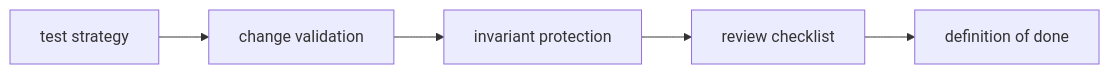
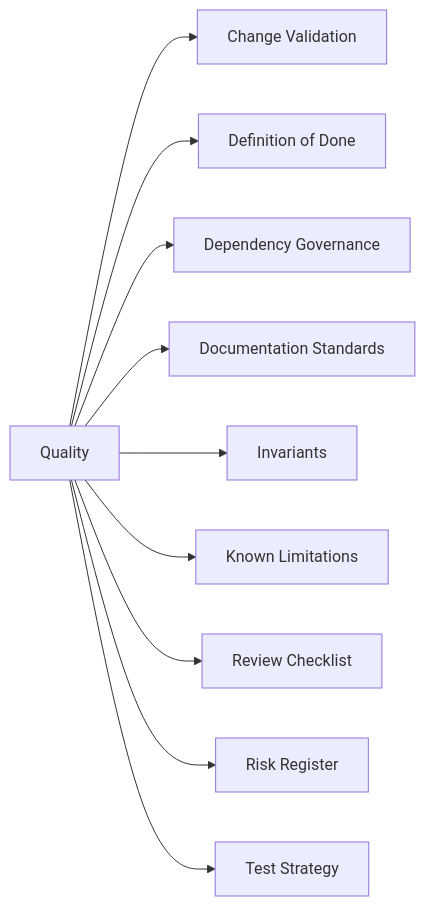
Before and after one commit to bijux/bijux-cli: the diagram in docs/bijux-dag/quality/index.md, drawn with Mermaid.

Commit message:
docs(bijux-dag): replace quality index chain with evidence map

````diff
--- a/docs/bijux-dag/quality/index.md
+++ b/docs/bijux-dag/quality/index.md
@@ -17,7 +17,12 @@
 ```mermaid
 flowchart LR
-    strategy[test strategy] --> validate[change validation]
-    validate --> invariants[invariant protection]
-    invariants --> review[review checklist]
-    review --> done[definition of done]
+  Q[Quality] --> Validate[Change Validation]
+  Q --> Done[Definition of Done]
+  Q --> Deps[Dependency Governance]
+  Q --> Docs[Documentation Standards]
+  Q --> Inv[Invariants]
+  Q --> Limits[Known Limitations]
+  Q --> Review[Review Checklist]
+  Q --> Risk[Risk Register]
+  Q --> Tests[Test Strategy]
 ```
````
